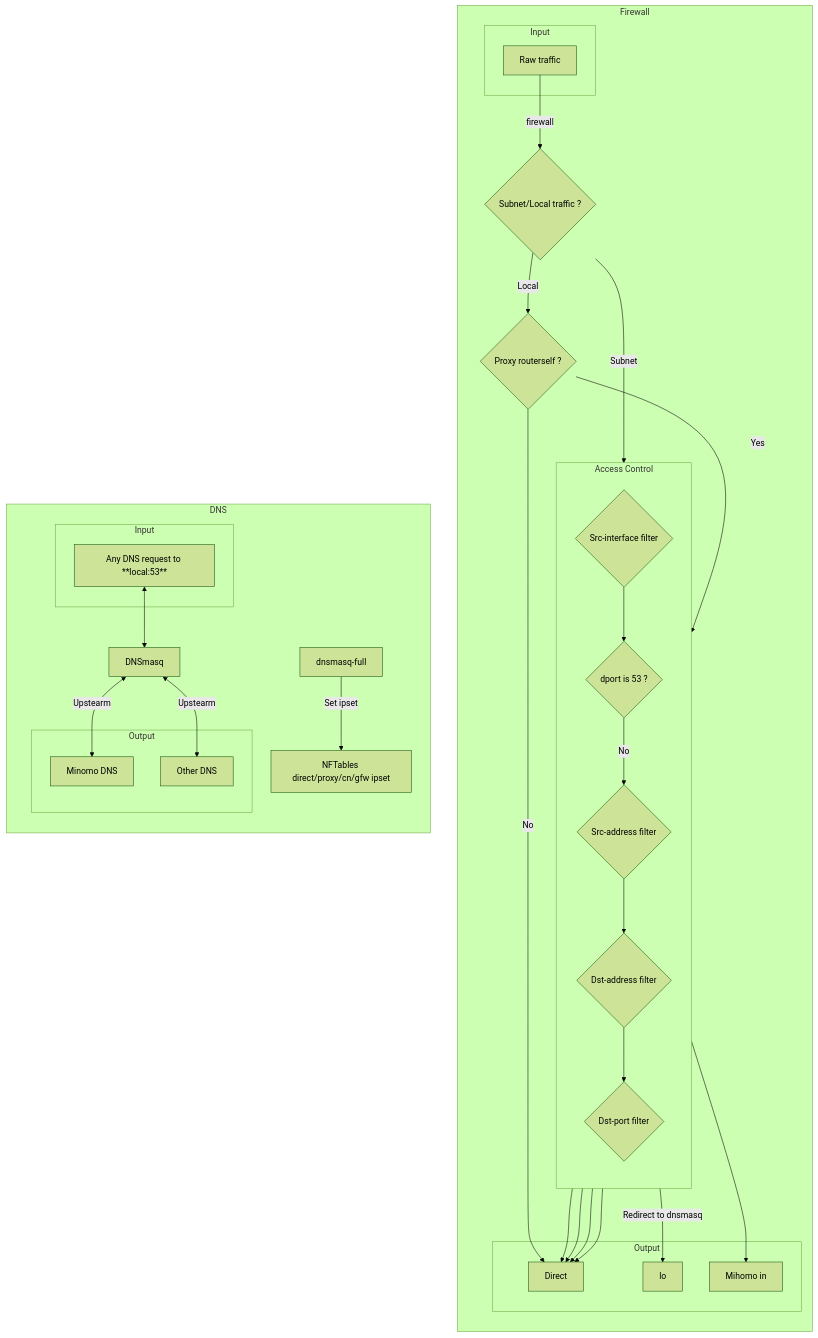
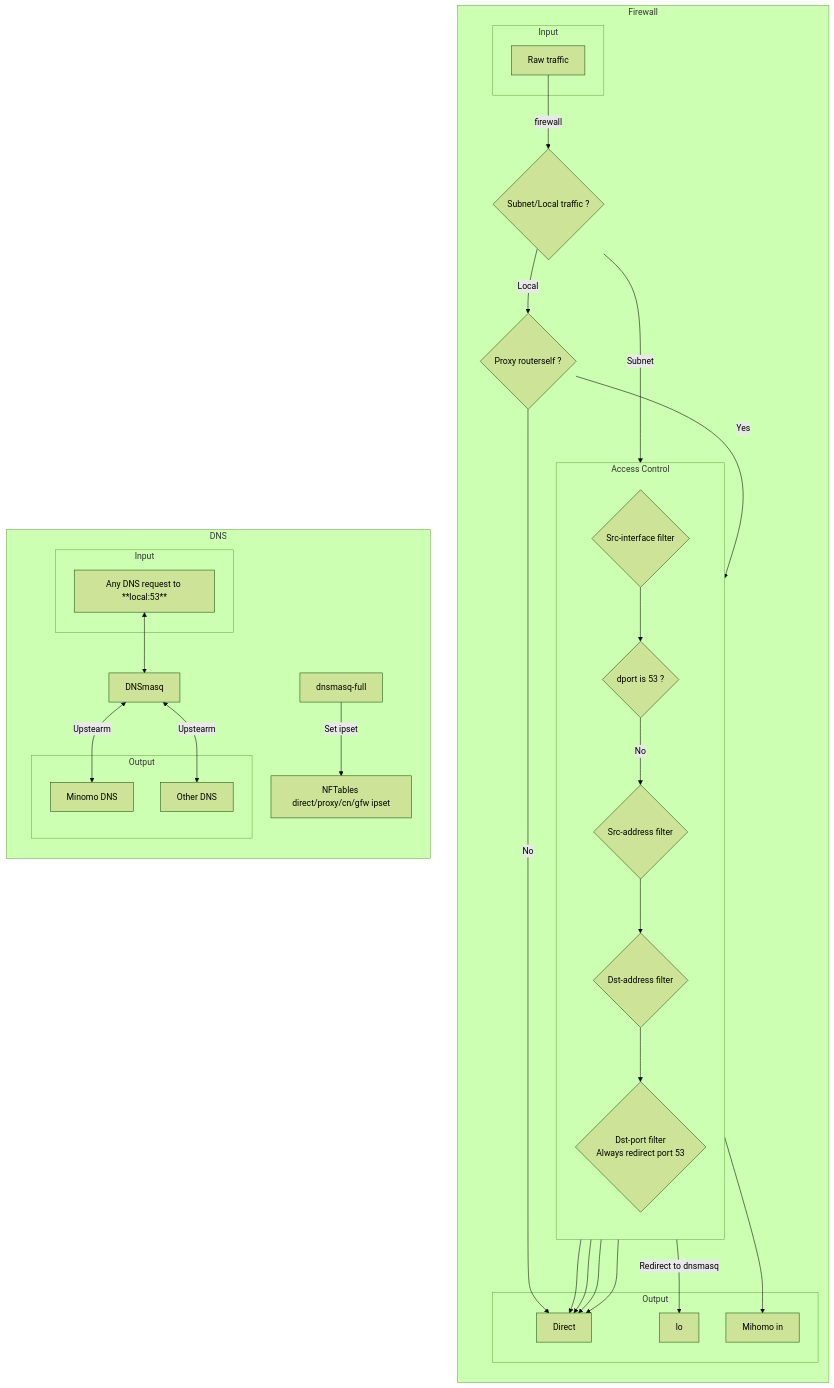
One commit to fcshark-org/openwrt-fchomo changed the diagram in README.md. Above: the diagram before and after it, drawn with Mermaid (forest theme).

````diff
--- a/README.md
+++ b/README.md
@@ -39,35 +39,36 @@
 ``` mermaid
 flowchart TD
   subgraph Firewall
     direction TB
     subgraph fw_inpot[Input]; rawin[Raw traffic]; end
     subgraph fw_outpot[Output]; lo; direct[Direct]; mihomoin[Mihomo in]; end
     rawin --firewall--> flow{Subnet/Local traffic ?}
     flow --Subnet--> acl_listen
     flow --Local--> proxy_router{Proxy routerself ?}
       proxy_router --Yes--> acl_dst
       proxy_router --No --> direct
     subgraph acl[Access Control]
       direction TB
       acl_listen{Src-interface filter} --> dns_hijack
       acl_listen --> direct
       dns_hijack{dport is 53 ?} --Redirect to dnsmasq--> lo
       dns_hijack --No --> acl_src
       acl_src{Src-address filter} --> acl_dst
       acl_src --> direct
       acl_dst{Dst-address filter} --> acl_dport
       acl_dst --> direct
-      acl_dport{Dst-port filter} --> mihomoin
+      acl_dport{Dst-port filter
+Always redirect port 53} --> mihomoin
       acl_dport --> direct
     end
   end
   subgraph DNS
     direction TB
     subgraph dns_inpot[Input]; dnsreq[Any DNS request to **local:53**]; end
     subgraph dns_outpot[Output]; mihomodns[Minomo DNS]; otherdns[Other DNS]; end
     dnsreq <--> dnsmasq[DNSmasq]
     dnsmasq <--Upstearm--> mihomodns
     dnsmasq <--Upstearm--> otherdns
     dnsmasq-full --Set ipset--> e[NFTables direct/proxy/cn/gfw ipset]
   end
 ```
````
